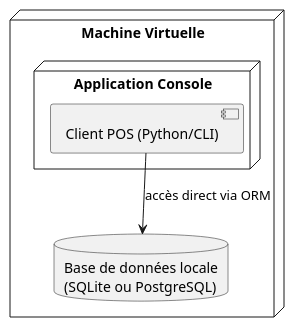
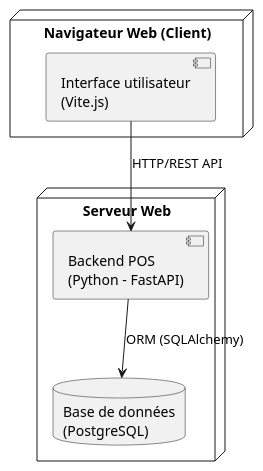
One commit to eusebe13/labo2_Log430 changed the diagram in backend/docs/uml/code/diagramme-de-deployment.puml. Above: the diagram before and after it, drawn with PlantUML. The commit also changed 4 other files, not shown here.

Commit message:
update diagramme

```diff
--- a/backend/docs/uml/code/diagramme-de-deployment.puml
+++ b/backend/docs/uml/code/diagramme-de-deployment.puml
@@ -1,13 +1,15 @@
 @startuml deployment-pos
 
-node "Machine Virtuelle" {
-  node "Application Console" {
-    component "Client POS (Python/CLI)"
-  }
-
-  database "Base de données locale\n(SQLite ou PostgreSQL)" as DB
+node "Navigateur Web (Client)" {
+  component "Interface utilisateur\n(Vite.js)"
 }
 
-"Client POS (Python/CLI)" --> DB : accès direct via ORM
+node "Serveur Web" {
+  component "Backend POS\n(Python - FastAPI)"
+  database "Base de données\n(PostgreSQL)" as DB
+}
+
+"Interface utilisateur\n(Vite.js)" --> "Backend POS\n(Python - FastAPI)" : HTTP/REST API
+"Backend POS\n(Python - FastAPI)" --> DB : ORM (SQLAlchemy)
 
 @enduml
```
